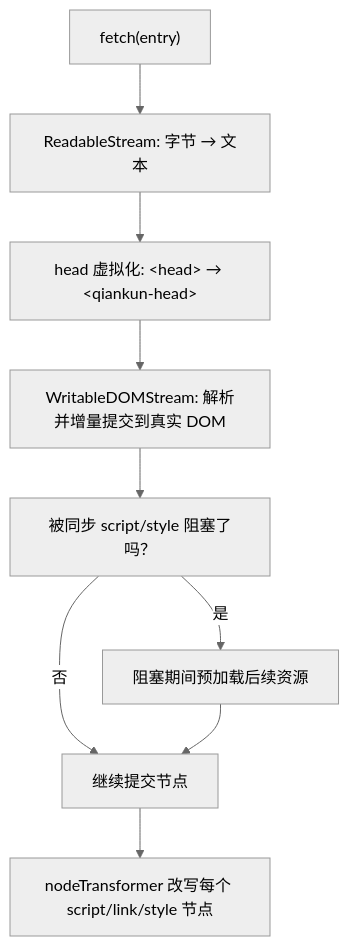
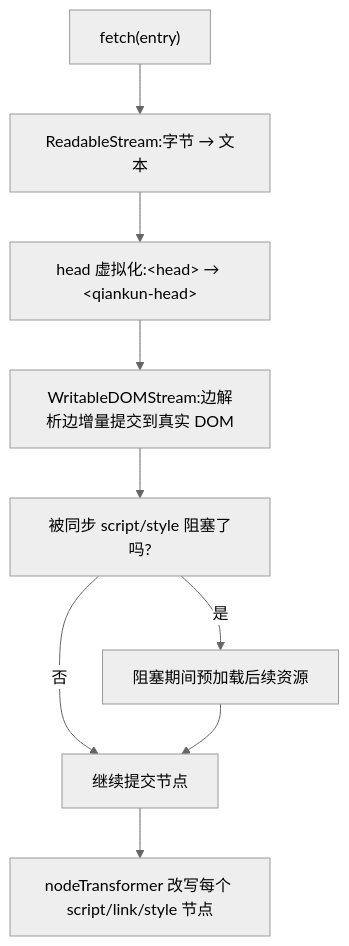
One commit to umijs/qiankun changed the diagram in docs/zh-CN/cookbook/optimize-loading.md. Above: the diagram before and after it, drawn with Mermaid (neutral theme). The commit also changed other lines of this file and 63 other files, not shown here.

````diff
--- a/docs/zh-CN/cookbook/optimize-loading.md
+++ b/docs/zh-CN/cookbook/optimize-loading.md
@@ -7,11 +7,11 @@
 ```mermaid
 flowchart TD
-  A["fetch(entry)"] --> B["ReadableStream: 字节 → 文本"]
-  B --> C["head 虚拟化: &lt;head&gt; → &lt;qiankun-head&gt;"]
-  C --> D["WritableDOMStream: 解析并增量提交到真实 DOM"]
-  D --> E["被同步 script/style 阻塞了吗？"]
+  A["fetch(entry)"] --> B["ReadableStream:字节 → 文本"]
+  B --> C["head 虚拟化:&lt;head&gt; → &lt;qiankun-head&gt;"]
+  C --> D["WritableDOMStream:边解析边增量提交到真实 DOM"]
+  D --> E["被同步 script/style 阻塞了吗?"]
   E -->|是| F["阻塞期间预加载后续资源"]
   E -->|否| G["继续提交节点"]
   F --> G
   G --> H["nodeTransformer 改写每个 script/link/style 节点"]
 ```
````
